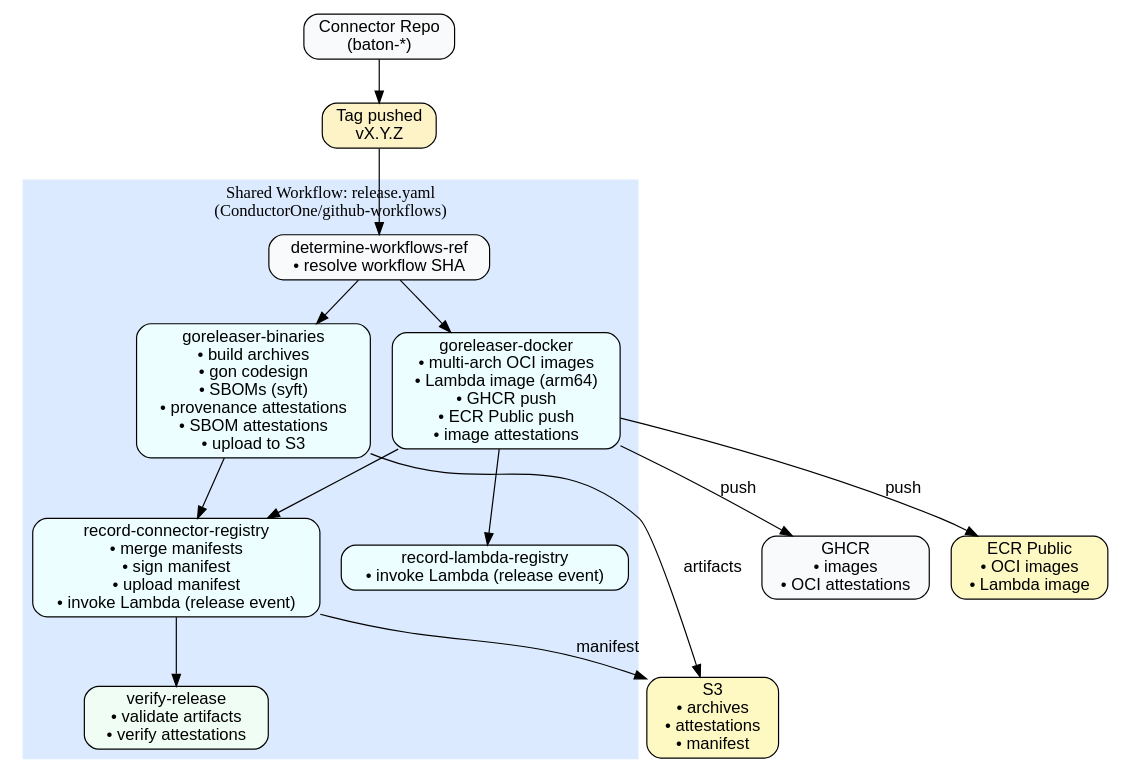
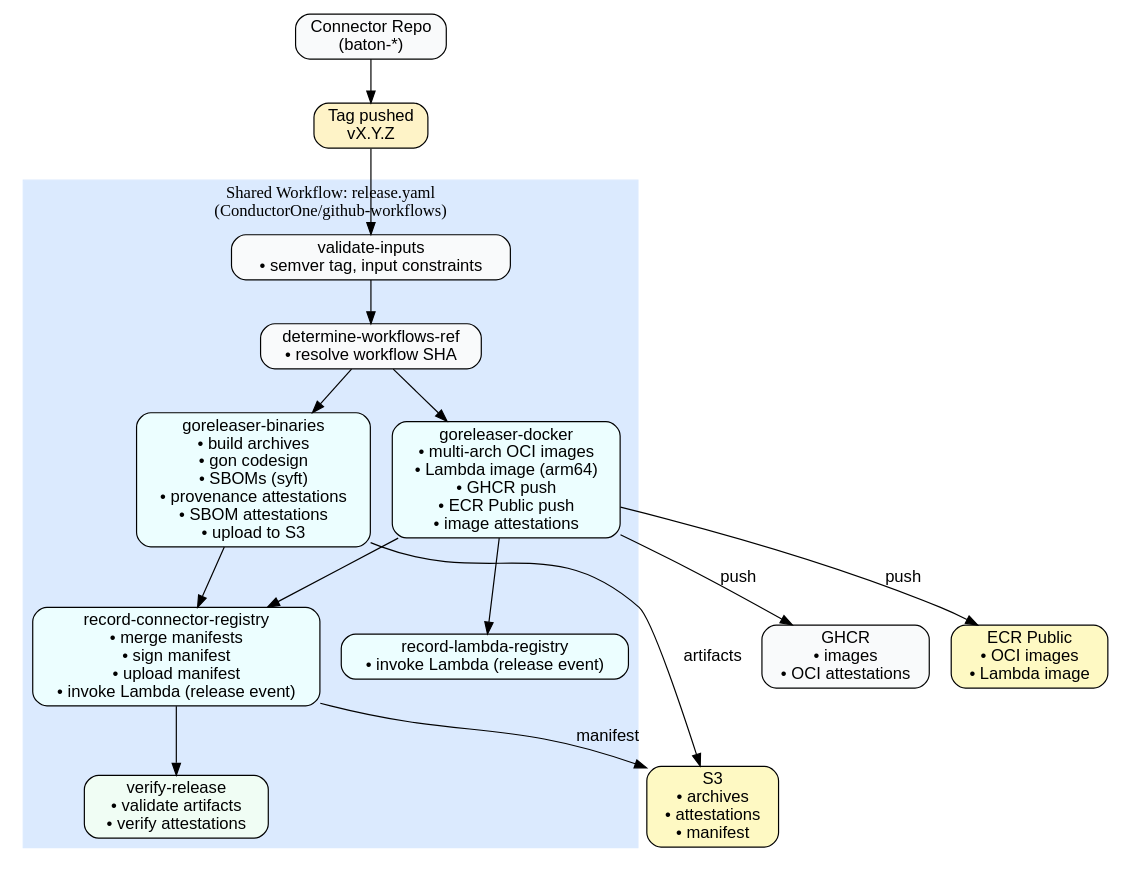
The diagram in docs/diagrams/release-workflow.dot (ConductorOne/github-workflows), drawn with Graphviz before and after one commit. The commit also changed 4 other files, not shown here.

```diff
--- a/docs/diagrams/release-workflow.dot
+++ b/docs/diagrams/release-workflow.dot
@@ -1,47 +1,50 @@
 digraph ReleaseWorkflow {
   rankdir=TB;
   node [shape=box, style="rounded,filled", fillcolor=white, fontname="Helvetica"];
   edge [fontname="Helvetica"];
 
   // Connector repo calls shared workflow
   connector_repo [label="Connector Repo\n(baton-*)", fillcolor="#f9fafb"];
   tag [label="Tag pushed\nvX.Y.Z", fillcolor="#fef3c7"];
 
   // Shared workflow cluster
   subgraph cluster_jobs {
     label = "Shared Workflow: release.yaml\n(ConductorOne/github-workflows)";
     style="filled";
     color="#dbeafe";
+
+    validate [label="validate-inputs\n• semver tag, input constraints", fillcolor="#f9fafb"];
 
     determine_ref [label="determine-workflows-ref\n• resolve workflow SHA", fillcolor="#f9fafb"];
 
     binaries [label="goreleaser-binaries\n• build archives\n• gon codesign\n• SBOMs (syft)\n• provenance attestations\n• SBOM attestations\n• upload to S3", fillcolor="#ecfeff"];
 
     docker [label="goreleaser-docker\n• multi-arch OCI images\n• Lambda image (arm64)\n• GHCR push\n• ECR Public push\n• image attestations", fillcolor="#ecfeff"];
 
     record [label="record-connector-registry\n• merge manifests\n• sign manifest\n• upload manifest\n• invoke Lambda (release event)", fillcolor="#ecfeff"];
 
     record_lambda [label="record-lambda-registry\n• invoke Lambda (release event)", fillcolor="#ecfeff"];
 
     verify [label="verify-release\n• validate artifacts\n• verify attestations", fillcolor="#f0fdf4"];
   }
 
   // Outputs
   s3 [label="S3\n• archives\n• attestations\n• manifest", fillcolor="#fef9c3"];
   ghcr [label="GHCR\n• images\n• OCI attestations", fillcolor="#f9fafb"];
   ecr [label="ECR Public\n• OCI images\n• Lambda image", fillcolor="#fef9c3"];
 
   // Flow
   connector_repo -> tag;
-  tag -> determine_ref;
+  tag -> validate;
+  validate -> determine_ref;
   determine_ref -> binaries;
   determine_ref -> docker;
   binaries -> record;
   docker -> record;
   docker -> record_lambda;
   binaries -> s3 [label="artifacts"];
   docker -> ghcr [label="push"];
   docker -> ecr [label="push"];
   record -> s3 [label="manifest"];
   record -> verify;
 }
```
